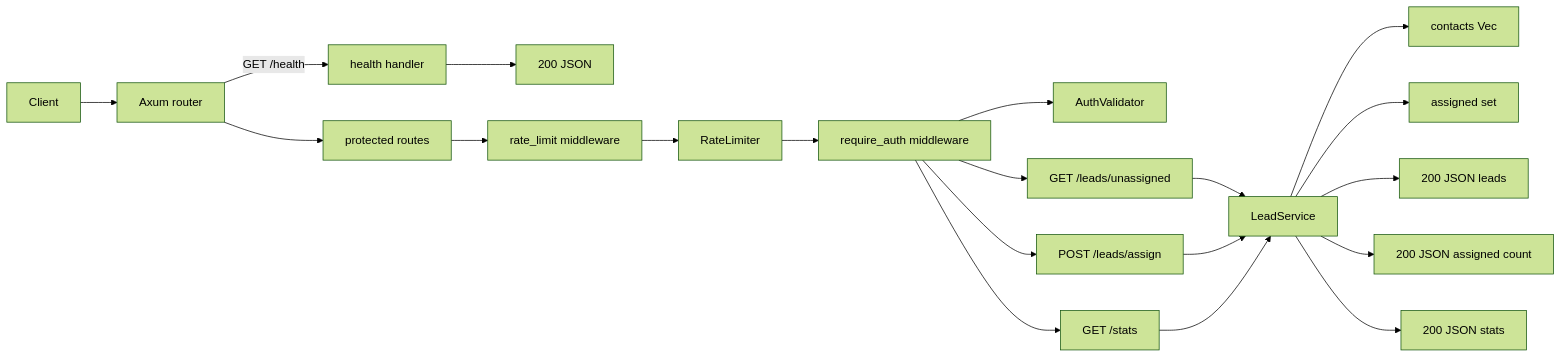
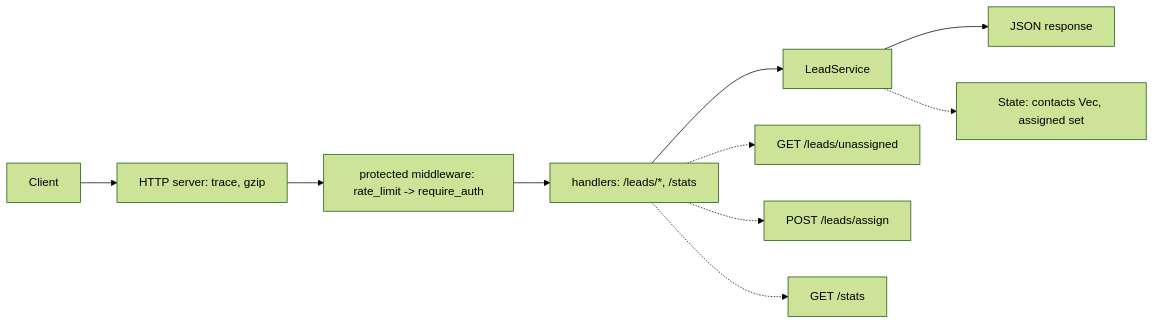
The diagram in apps/lookup/readme.md (onechannelpe/crm), drawn with Mermaid (forest theme) before and after one commit.

Commit message:
docs: update request pipeline diagram for clarity and accuracy

````diff
--- a/apps/lookup/readme.md
+++ b/apps/lookup/readme.md
@@ -15,24 +15,12 @@
 ```mermaid
 flowchart LR
-  C[Client] --> R[Axum router]
-
-  R -->|GET /health| H[health handler]
-  H --> HJ[200 JSON]
-
-  R --> P[protected routes]
-  P --> RL[rate_limit middleware]
-  RL --> LIM[RateLimiter]
-  LIM --> AUTH[require_auth middleware]
-  AUTH --> AV[AuthValidator]
-
-  AUTH --> U[GET /leads/unassigned]
-  AUTH --> A[POST /leads/assign]
-  AUTH --> S[GET /stats]
-
-  LS[LeadService] --> V[contacts Vec]
-  LS --> AS[assigned set]
-
-  U --> LS --> UJ[200 JSON leads]
-  A --> LS --> AJ[200 JSON assigned count]
-  S --> LS --> SJ[200 JSON stats]
+  C[Client] --> S[HTTP server: trace, gzip]
+  S --> MW[protected middleware: rate_limit -> require_auth]
+  MW --> HD[handlers: /leads/*, /stats]
+  HD --> LS[LeadService]
+  LS --> RESP[JSON response]
+  LS -.-> ST[State: contacts Vec, assigned set]
+  HD -.-> E1[GET /leads/unassigned]
+  HD -.-> E2[POST /leads/assign]
+  HD -.-> E3[GET /stats]
 ```
````
